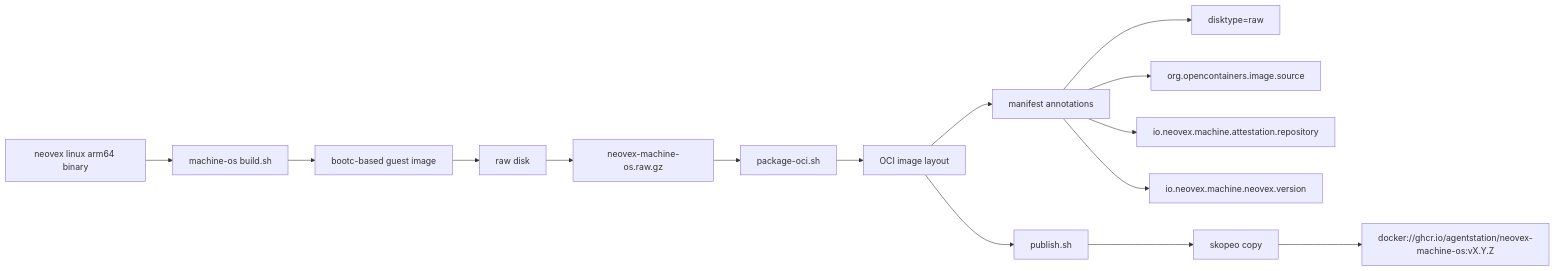
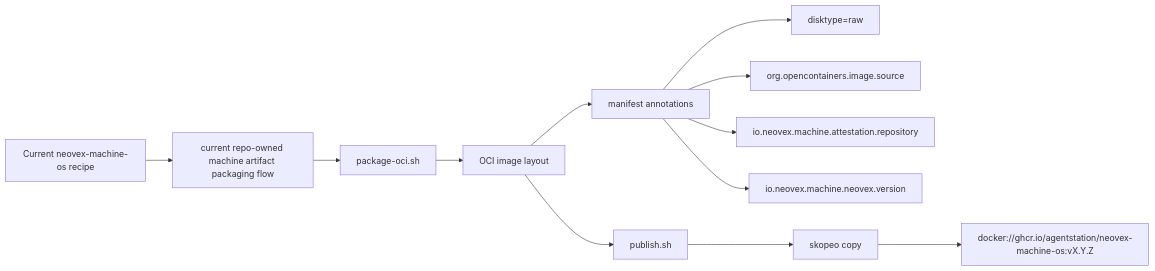
The second of 6 diagrams in docs/reference/macos-machine-flow.md (nimbus/nimbus), drawn with Mermaid before and after one commit. The commit also changed other lines of this file and 56 other files, not shown here.

````diff
--- a/docs/reference/macos-machine-flow.md
+++ b/docs/reference/macos-machine-flow.md
@@ -87,17 +104,14 @@
 ```mermaid
 flowchart LR
-    A["neovex linux arm64 binary"] --> B["machine-os build.sh"]
-    B --> C["bootc-based guest image"]
-    C --> D["raw disk"]
-    D --> E["neovex-machine-os.raw.gz"]
-    E --> F["package-oci.sh"]
-    F --> G["OCI image layout"]
-    G --> H["manifest annotations"]
-    H --> I["disktype=raw"]
-    H --> J["org.opencontainers.image.source"]
-    H --> K["io.neovex.machine.attestation.repository"]
-    H --> L["io.neovex.machine.neovex.version"]
-    G --> M["publish.sh"]
+    A["Current neovex-machine-os recipe"] --> B["current repo-owned machine artifact packaging flow"]
+    B --> C["package-oci.sh"]
+    C --> D["OCI image layout"]
+    D --> E["manifest annotations"]
+    E --> I["disktype=raw"]
+    E --> J["org.opencontainers.image.source"]
+    E --> K["io.neovex.machine.attestation.repository"]
+    E --> L["io.neovex.machine.neovex.version"]
+    D --> M["publish.sh"]
     M --> N["skopeo copy"]
     N --> O["docker://ghcr.io/agentstation/neovex-machine-os:vX.Y.Z"]
 ```
````
